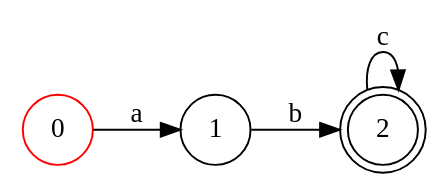
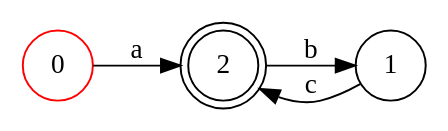
Before and after one commit to RaphaelNY/HDU_Compilation_Experiment: the diagram in minimized_dfa.dot, drawn with Graphviz. The commit also changed 4 other files, not shown here.

```diff
--- a/minimized_dfa.dot
+++ b/minimized_dfa.dot
@@ -1,12 +1,11 @@
 digraph DFA {
     rankdir=LR;
     node [shape = circle];
     2 [shape = doublecircle];
-    2 [shape = doublecircle];
     0 [shape = circle];
-    0 -> 1 [label="a"];
+    0 -> 2 [label="a"];
     1 [shape = circle];
-    1 -> 2 [label="b"];
-    2 -> 2 [label="c"];
+    1 -> 2 [label="c"];
+    2 -> 1 [label="b"];
     0 [color=red];
 }
```
